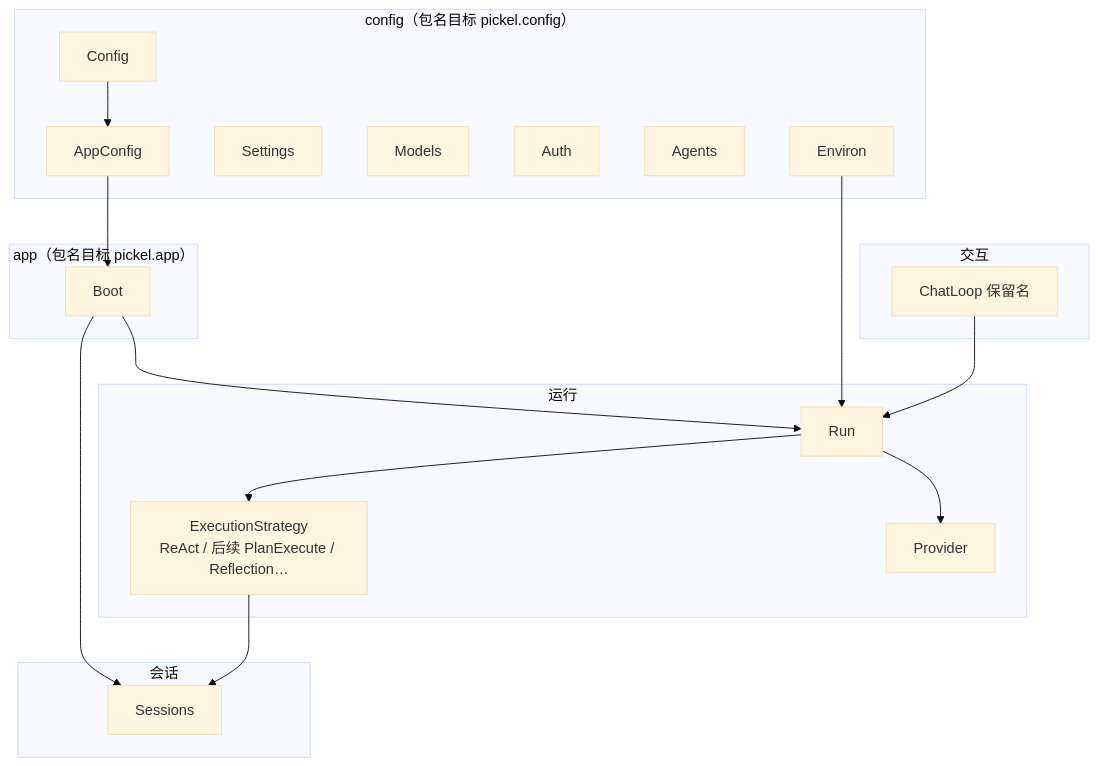
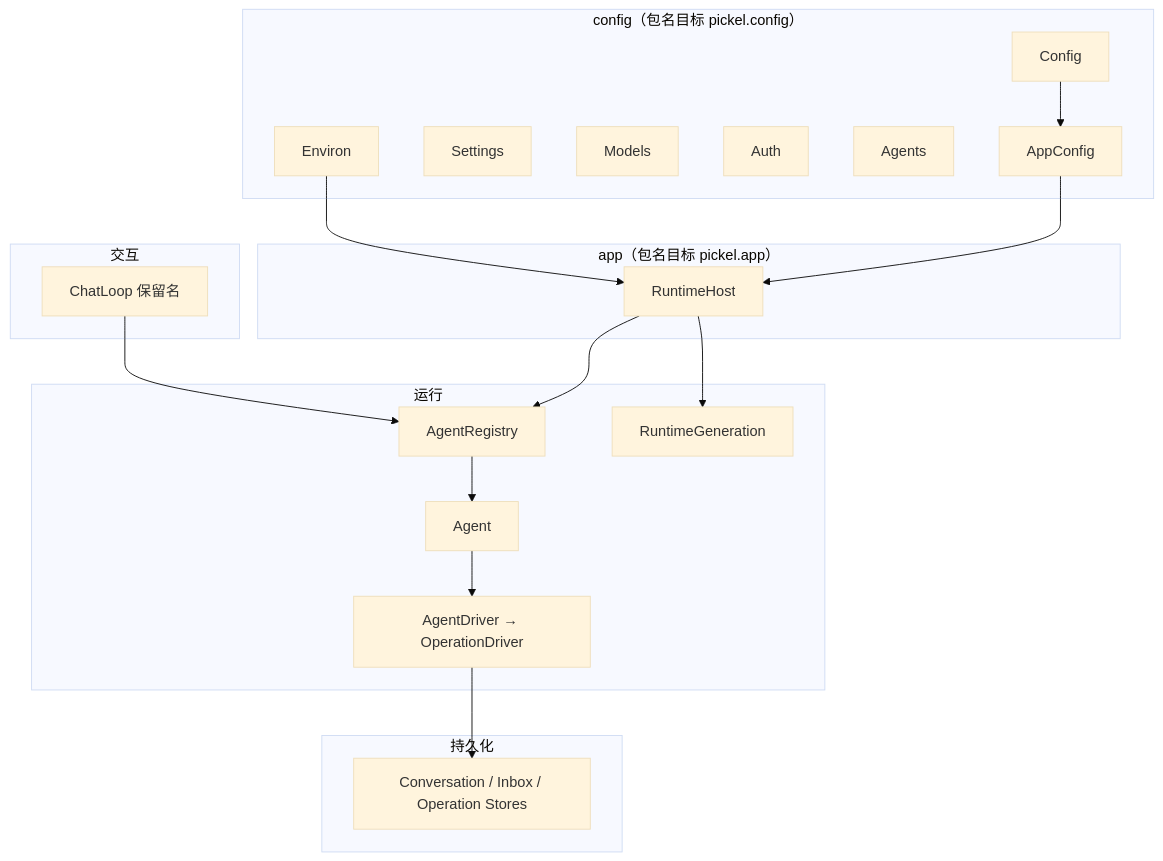
The fifth of 8 diagrams in docs/upgrade/2026-07-25-config-system-design.md (xiesunsun/MyOpenClaw), drawn with Mermaid (base theme) before and after one commit. The commit also changed other lines of this file and 126 other files, not shown here.

Commit message:
重构 Agent Runtime v10 恢复主链

````diff
--- a/docs/upgrade/2026-07-25-config-system-design.md
+++ b/docs/upgrade/2026-07-25-config-system-design.md
@@ -397,40 +398,41 @@
 ```mermaid
 flowchart TB
   subgraph config_pkg["config（包名目标 pickel.config）"]
     Config
     AppConfig
     Settings
     Models
     Auth
     Agents
     Environ
   end
 
   subgraph app_pkg["app（包名目标 pickel.app）"]
-    Boot
+    Host[RuntimeHost]
   end
 
-  subgraph run_pkg["运行"]
-    Run
-    Strategy["ExecutionStrategy<br/>ReAct / 后续 PlanExecute / Reflection…"]
-    Provider
+  subgraph runtime_pkg["运行"]
+    Registry[AgentRegistry]
+    Agent
+    Driver[AgentDriver → OperationDriver]
+    Generation[RuntimeGeneration]
   end
 
   subgraph ui_pkg["交互"]
     Chat["ChatLoop 保留名"]
   end
 
-  subgraph data["会话"]
-    Sessions
+  subgraph data["持久化"]
+    Store[Conversation / Inbox / Operation Stores]
   end
 
   Config --> AppConfig
-  AppConfig --> Boot
-  Boot --> Run
-  Boot --> Sessions
-  Environ --> Run
-  Run --> Strategy
-  Run --> Provider
-  Chat --> Run
-  Strategy --> Sessions
+  AppConfig --> Host
+  Environ --> Host
+  Host --> Generation
+  Host --> Registry
+  Registry --> Agent
+  Agent --> Driver
+  Driver --> Store
+  Chat --> Registry
 ```
````
